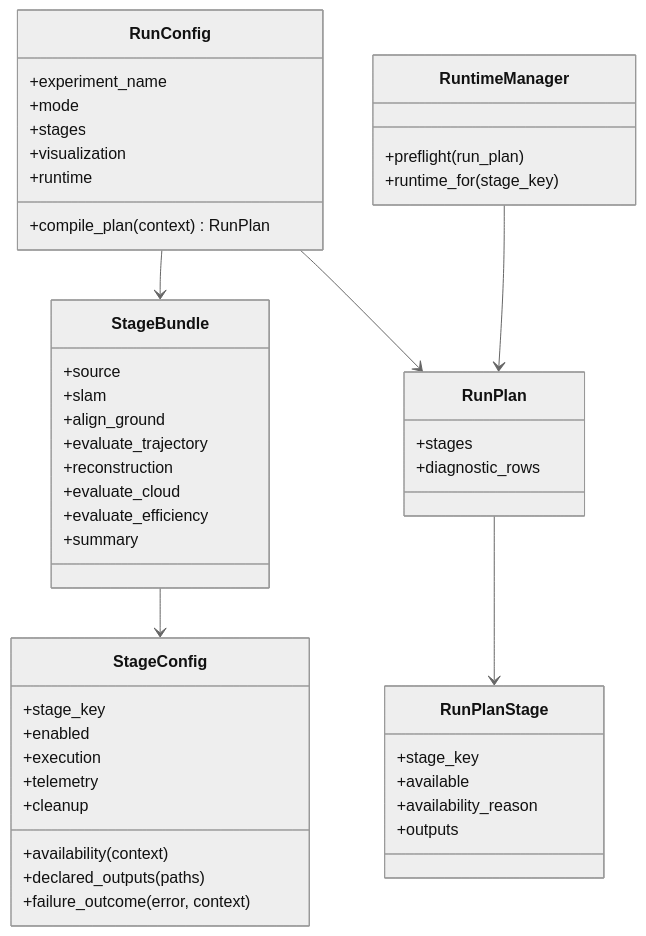
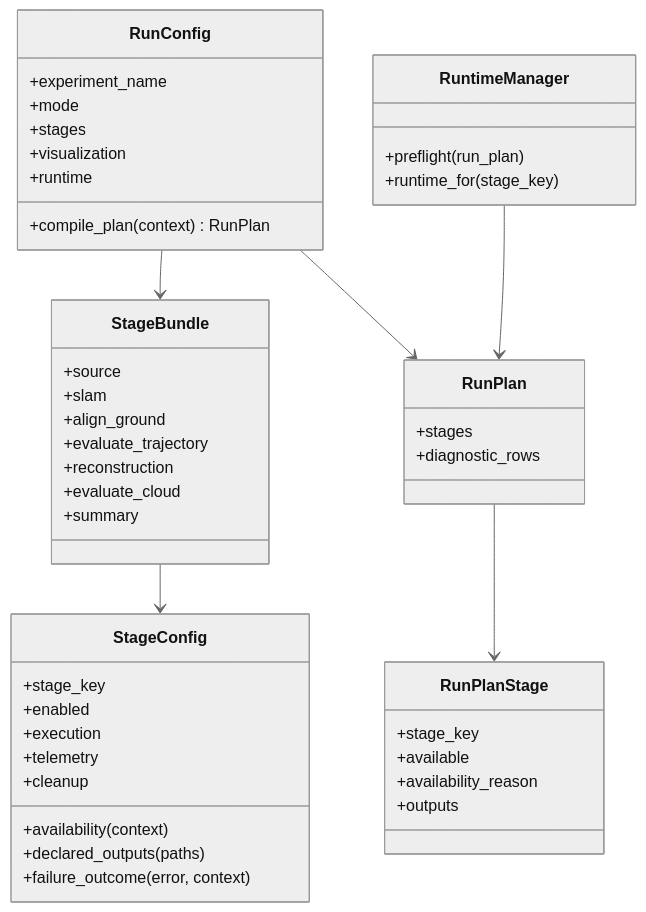
One commit to JanDuchscherer104/prml-vslam changed the third of 18 diagrams in docs/architecture/pipeline-stage-refactor-target.md. Above: the diagram before and after it, drawn with Mermaid (neutral theme). The commit also changed other lines of this file and 60 other files, not shown here.

````diff
--- a/docs/architecture/pipeline-stage-refactor-target.md
+++ b/docs/architecture/pipeline-stage-refactor-target.md
@@ -285,56 +287,55 @@
 ```mermaid
 classDiagram
     class RunConfig {
         +experiment_name
         +mode
         +stages
         +visualization
         +runtime
         +compile_plan(context) RunPlan
     }
 
     class StageBundle {
         +source
         +slam
         +align_ground
         +evaluate_trajectory
         +reconstruction
         +evaluate_cloud
-        +evaluate_efficiency
         +summary
     }
 
     class StageConfig {
         +stage_key
         +enabled
         +execution
         +telemetry
         +cleanup
         +availability(context)
         +declared_outputs(paths)
         +failure_outcome(error, context)
     }
 
     class RunPlan {
         +stages
         +diagnostic_rows
     }
 
     class RunPlanStage {
         +stage_key
         +available
         +availability_reason
         +outputs
     }
 
     class RuntimeManager {
         +preflight(run_plan)
         +runtime_for(stage_key)
     }
 
     RunConfig --> StageBundle
     StageBundle --> StageConfig
     RunConfig --> RunPlan
     RunPlan --> RunPlanStage
     RuntimeManager --> RunPlan
 ```
````
